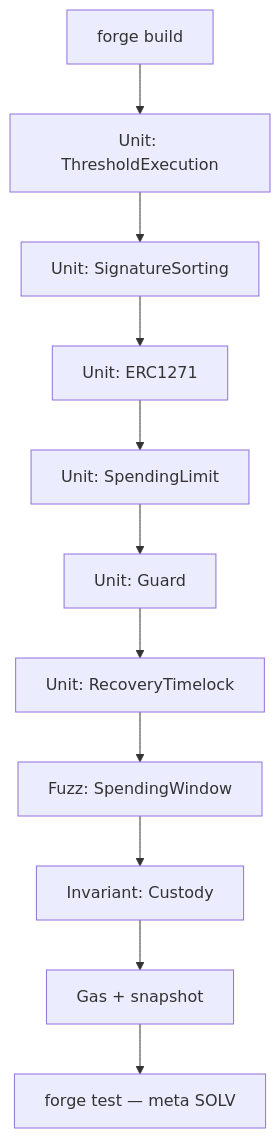
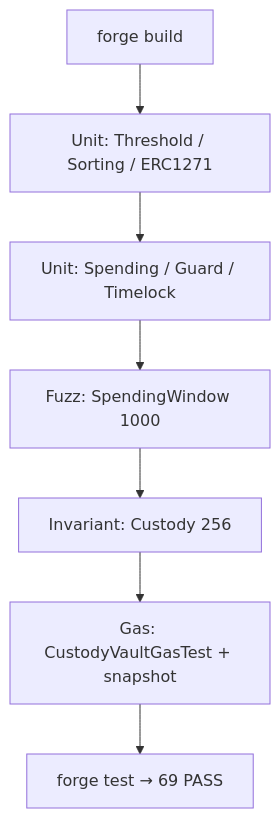
Before and after one commit to rastrahm/institutional-custody-mpc: the sixth of 6 diagrams in doc/flujograma.md, drawn with Mermaid. The commit also changed other lines of this file and 12 other files, not shown here.

````diff
--- a/doc/flujograma.md
+++ b/doc/flujograma.md
@@ -119,13 +109,9 @@
 ```mermaid
 flowchart TD
-    A[forge build] --> B[Unit: ThresholdExecution]
-    B --> C[Unit: SignatureSorting]
-    C --> D[Unit: ERC1271]
-    D --> E[Unit: SpendingLimit]
-    E --> F[Unit: Guard]
-    F --> G[Unit: RecoveryTimelock]
-    G --> H[Fuzz: SpendingWindow]
-    H --> I[Invariant: Custody]
-    I --> J[Gas + snapshot]
-    J --> K[forge test — meta SOLV]
+    A[forge build] --> B[Unit: Threshold / Sorting / ERC1271]
+    B --> C[Unit: Spending / Guard / Timelock]
+    C --> D[Fuzz: SpendingWindow 1000]
+    D --> E[Invariant: Custody 256]
+    E --> F[Gas: CustodyVaultGasTest + snapshot]
+    F --> G[forge test → 69 PASS]
 ```
````
